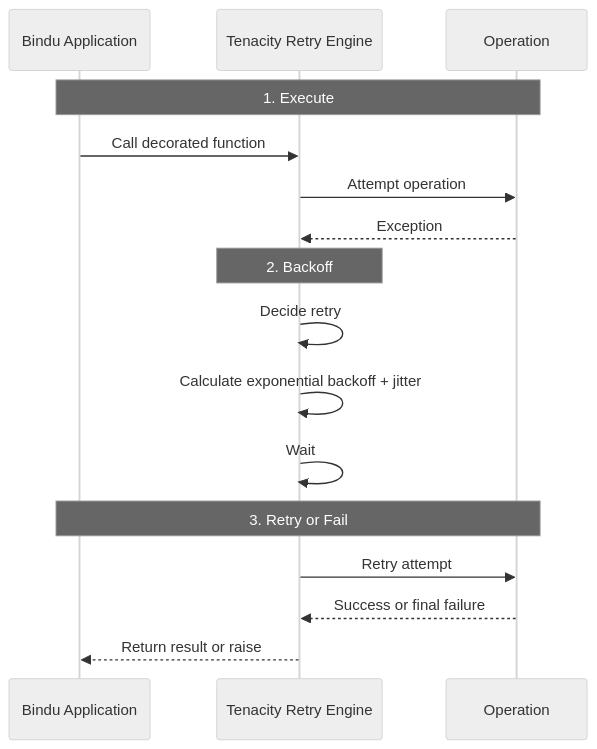
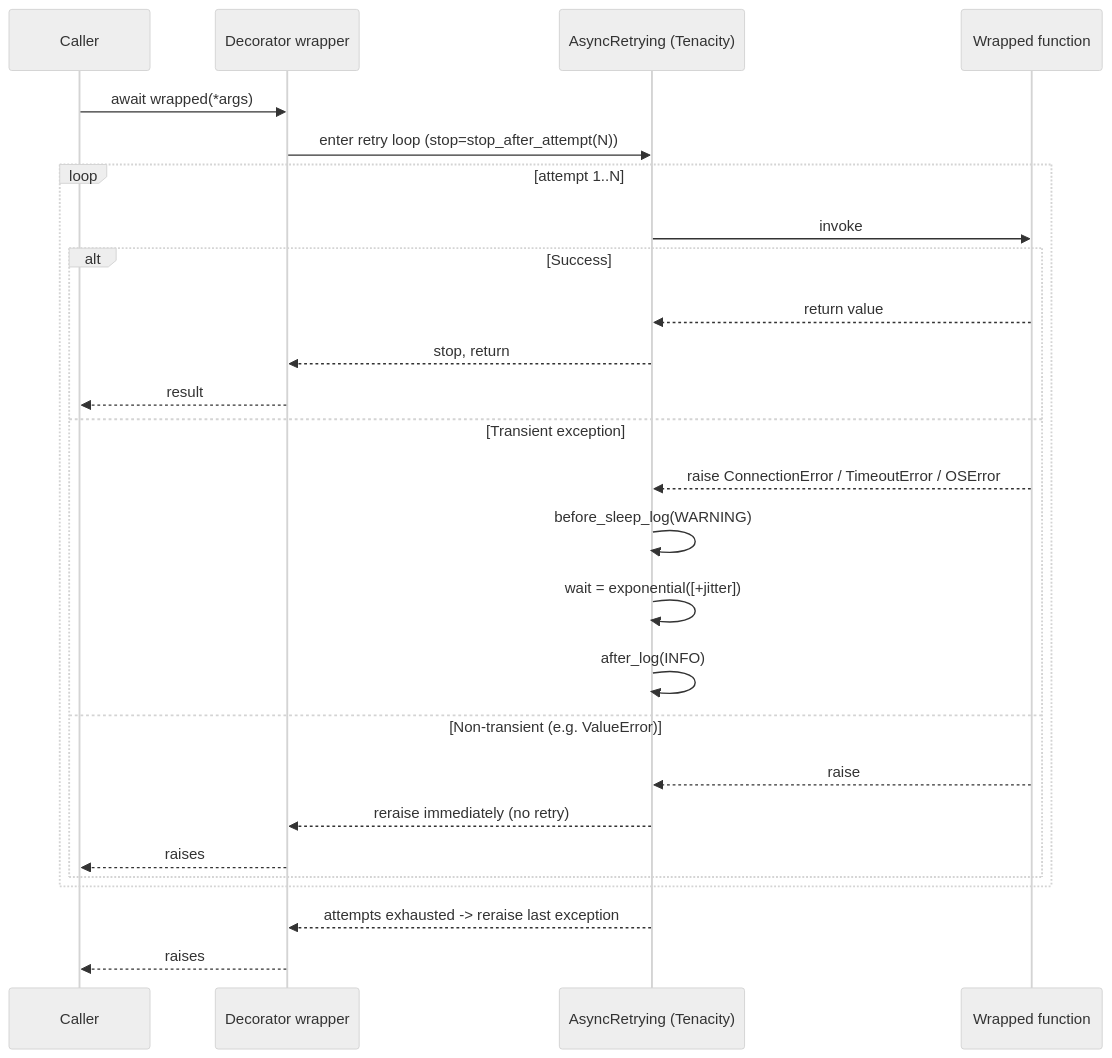
One commit to raahulrahl/docs changed the diagram in bindu/learn/retry/overview.mdx. Above: the diagram before and after it, drawn with Mermaid (neutral theme). The commit also changed other lines of this file and 9 other files, not shown here.

````diff
--- a/bindu/learn/retry/overview.mdx
+++ b/bindu/learn/retry/overview.mdx
@@ -26,21 +36,29 @@
 ```mermaid
 sequenceDiagram
-    participant App as Bindu Application
-    participant Retry as Tenacity Retry Engine
-    participant Op as Operation
+    participant App as Caller
+    participant Dec as Decorator wrapper
+    participant Tn as AsyncRetrying (Tenacity)
+    participant Op as Wrapped function
 
-    Note over App,Op: 1. Execute
-    App->>Retry: Call decorated function
-    Retry->>Op: Attempt operation
-    Op-->>Retry: Exception
-
-    Note over Retry: 2. Backoff
-    Retry->>Retry: Decide retry
-    Retry->>Retry: Calculate exponential backoff + jitter
-    Retry->>Retry: Wait
-
-    Note over App,Op: 3. Retry or Fail
-    Retry->>Op: Retry attempt
-    Op-->>Retry: Success or final failure
-    Retry-->>App: Return result or raise
+    App->>Dec: await wrapped(*args)
+    Dec->>Tn: enter retry loop (stop=stop_after_attempt(N))
+    loop attempt 1..N
+        Tn->>Op: invoke
+        alt Success
+            Op-->>Tn: return value
+            Tn-->>Dec: stop, return
+            Dec-->>App: result
+        else Transient exception
+            Op-->>Tn: raise ConnectionError / TimeoutError / OSError
+            Tn->>Tn: before_sleep_log(WARNING)
+            Tn->>Tn: wait = exponential([+jitter])
+            Tn->>Tn: after_log(INFO)
+        else Non-transient (e.g. ValueError)
+            Op-->>Tn: raise
+            Tn-->>Dec: reraise immediately (no retry)
+            Dec-->>App: raises
+        end
+    end
+    Tn-->>Dec: attempts exhausted -> reraise last exception
+    Dec-->>App: raises
 ```
````
